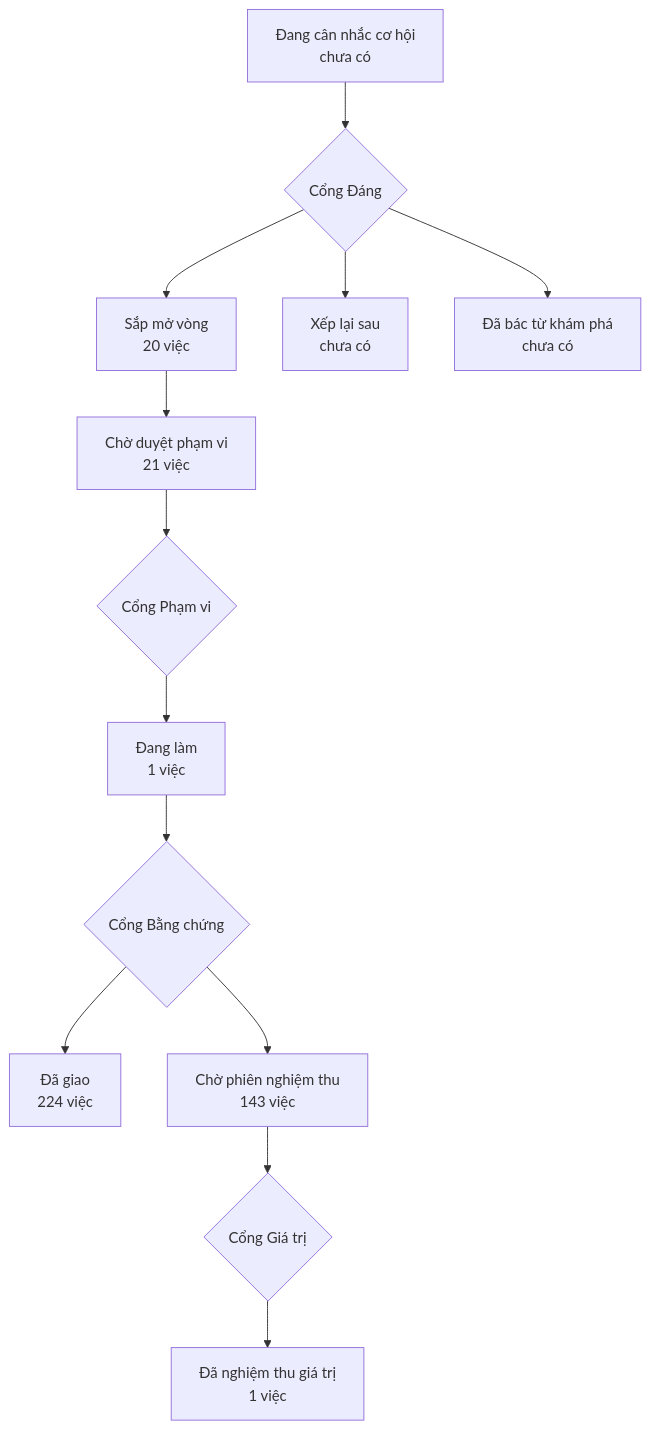
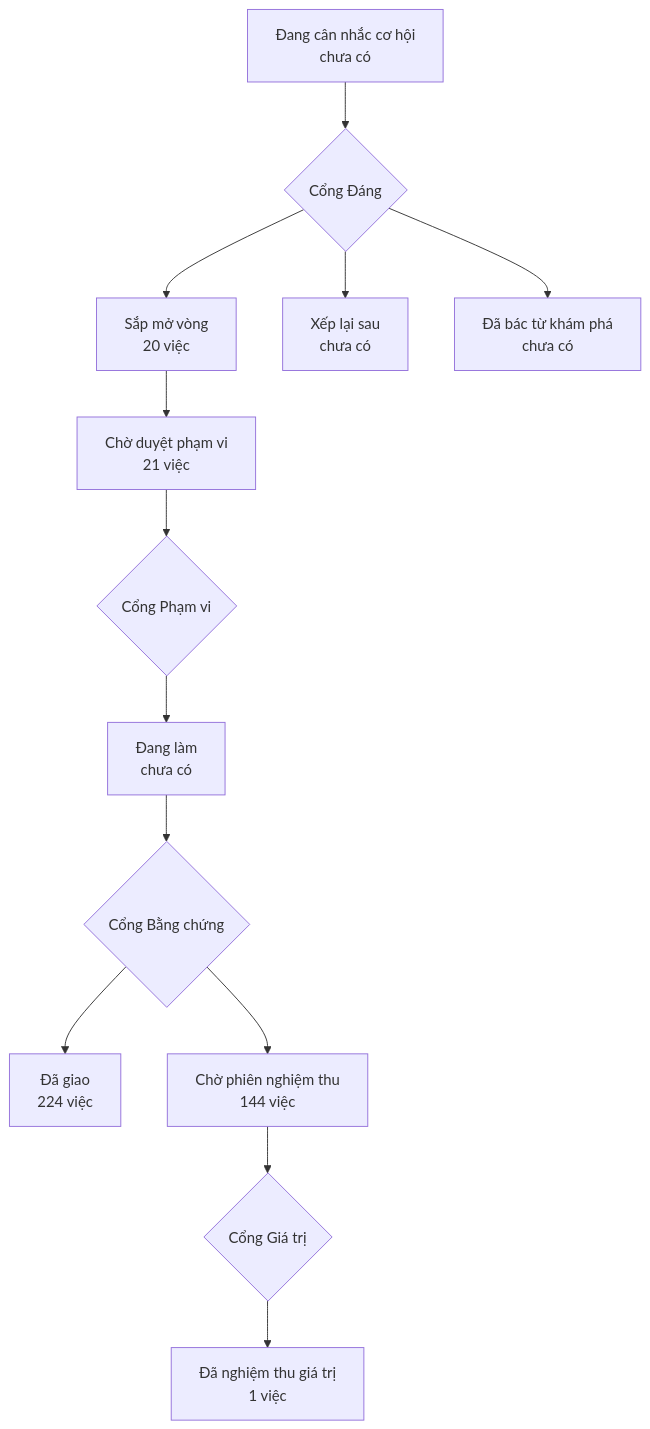
Before and after one commit to phanlemanh/onehub-invest: the diagram in PRODUCT-MAP.md, drawn with Mermaid. The commit also changed other lines of this file and 7 other files, not shown here.

````diff
--- a/PRODUCT-MAP.md
+++ b/PRODUCT-MAP.md
@@ -7,12 +7,12 @@
 ```mermaid
 flowchart TD
   A["Đang cân nhắc cơ hội<br/>chưa có"] --> GD{"Cổng Đáng"}
   GD --> B["Sắp mở vòng<br/>20 việc"]
   GD --> XL["Xếp lại sau<br/>chưa có"]
   GD --> DB["Đã bác từ khám phá<br/>chưa có"]
   B --> CD["Chờ duyệt phạm vi<br/>21 việc"] --> GP{"Cổng Phạm vi"}
-  GP --> DL["Đang làm<br/>1 việc"] --> GB{"Cổng Bằng chứng"}
+  GP --> DL["Đang làm<br/>chưa có"] --> GB{"Cổng Bằng chứng"}
   GB --> DG["Đã giao<br/>224 việc"]
-  GB --> CN["Chờ phiên nghiệm thu<br/>143 việc"] --> GG{"Cổng Giá trị"}
+  GB --> CN["Chờ phiên nghiệm thu<br/>144 việc"] --> GG{"Cổng Giá trị"}
   GG --> NT["Đã nghiệm thu giá trị<br/>1 việc"]
 ```
````
